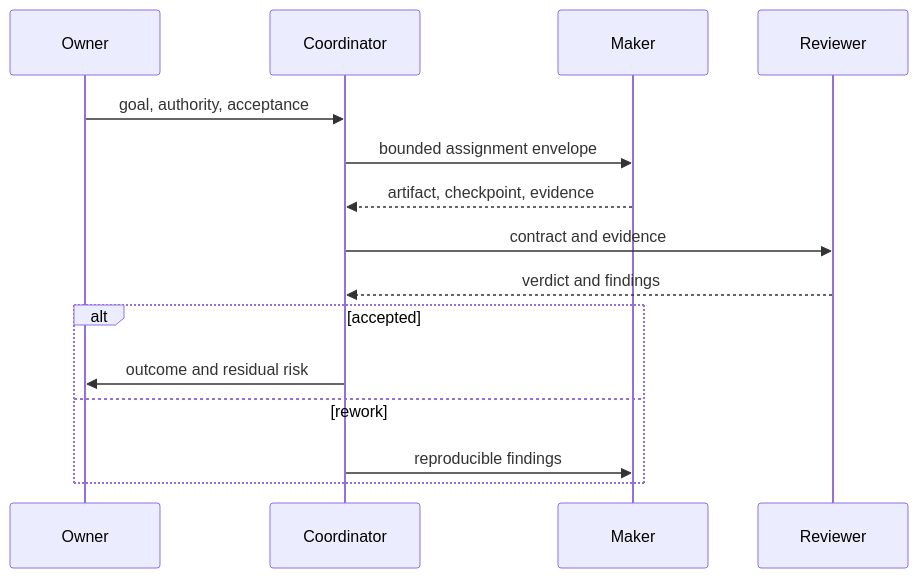
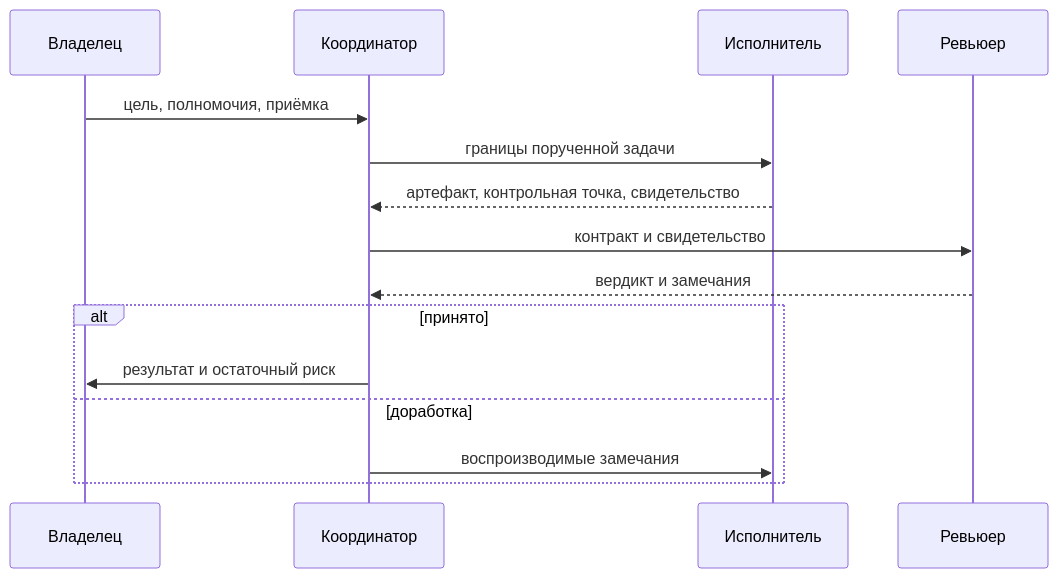
One commit to kitay-sudo/vectra changed the diagram in diagrams/agent-interaction.md. Above: the diagram before and after it, drawn with Mermaid. The commit also changed other lines of this file and 63 other files, not shown here.

````diff
--- a/diagrams/agent-interaction.md
+++ b/diagrams/agent-interaction.md
@@ -3,17 +3,17 @@
 ```mermaid
 sequenceDiagram
-  participant O as Owner
-  participant C as Coordinator
-  participant M as Maker
-  participant R as Reviewer
-  O->>C: goal, authority, acceptance
-  C->>M: bounded assignment envelope
-  M-->>C: artifact, checkpoint, evidence
-  C->>R: contract and evidence
-  R-->>C: verdict and findings
-  alt accepted
-    C->>O: outcome and residual risk
-  else rework
-    C->>M: reproducible findings
+  participant O as Владелец
+  participant C as Координатор
+  participant M as Исполнитель
+  participant R as Ревьюер
+  O->>C: цель, полномочия, приёмка
+  C->>M: границы порученной задачи
+  M-->>C: артефакт, контрольная точка, свидетельство
+  C->>R: контракт и свидетельство
+  R-->>C: вердикт и замечания
+  alt принято
+    C->>O: результат и остаточный риск
+  else доработка
+    C->>M: воспроизводимые замечания
   end
 ```
````
